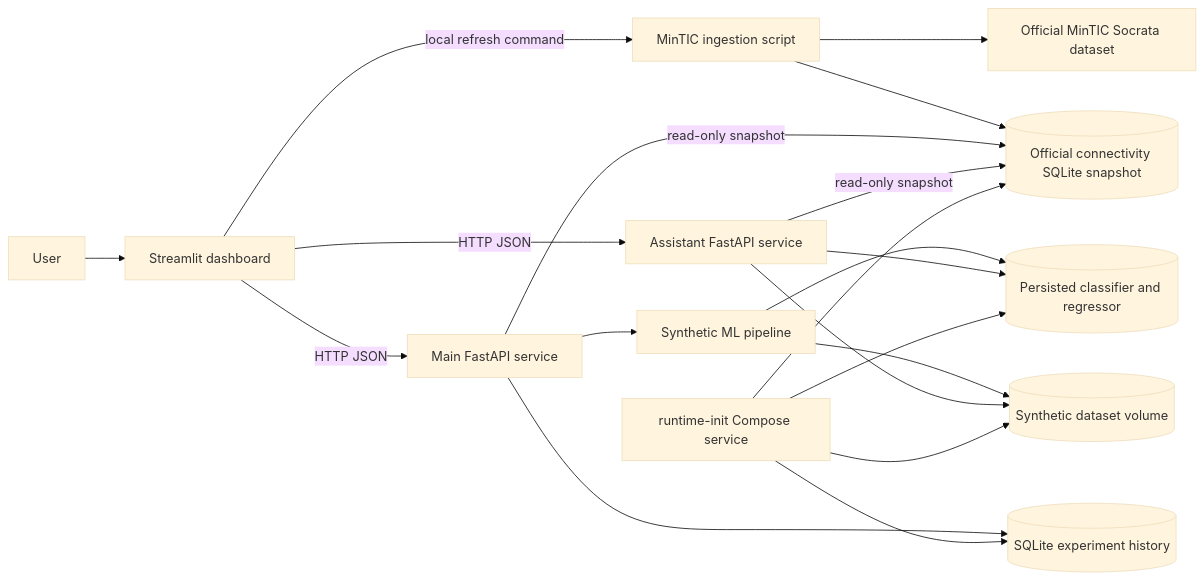
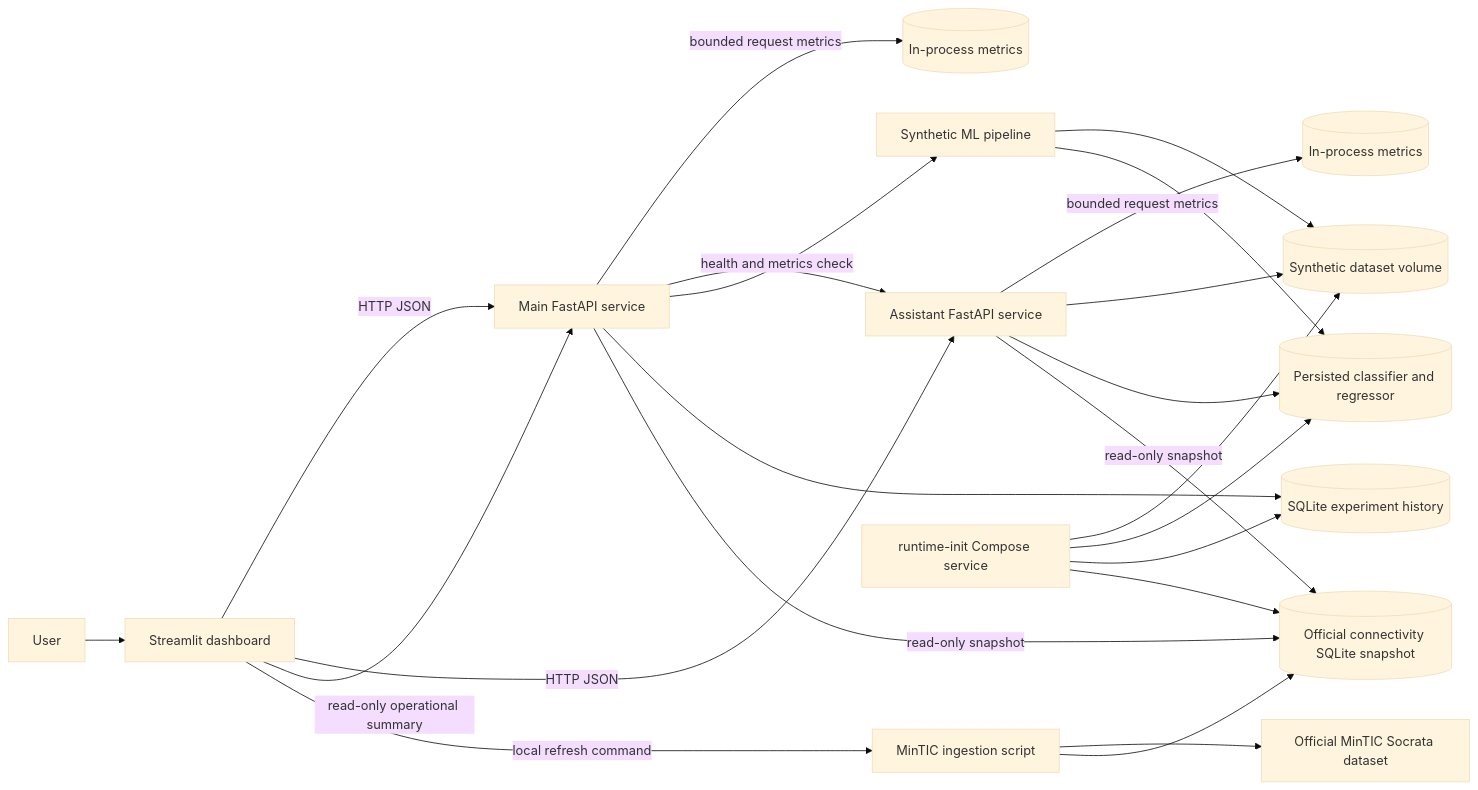
One commit to OAlexProgramerO/wifi-tunja-smart-predictor changed the diagram in docs/architecture.md. Above: the diagram before and after it, drawn with Mermaid (base theme). The commit also changed other lines of this file and 1 other file, not shown here.

Commit message:
docs: describe operational observability

````diff
--- a/docs/architecture.md
+++ b/docs/architecture.md
@@ -5,21 +5,25 @@
 ```mermaid
 flowchart LR
     User[User] --> UI[Streamlit dashboard]
     UI -->|HTTP JSON| Main[Main FastAPI service]
     UI -->|HTTP JSON| Assistant[Assistant FastAPI service]
+    Main -->|bounded request metrics| MainMetrics[(In-process metrics)]
+    Assistant -->|bounded request metrics| AssistantMetrics[(In-process metrics)]
+    UI -->|read-only operational summary| Main
+    Main -->|health and metrics check| Assistant
     Main --> Synthetic[ Synthetic ML pipeline ]
     Synthetic --> Data[(Synthetic dataset volume)]
     Synthetic --> Models[(Persisted classifier and regressor)]
     Main --> Experiments[(SQLite experiment history)]
     Assistant --> Data
     Assistant --> Models
     UI -->|local refresh command| Ingestion[MinTIC ingestion script]
     Ingestion --> Source[Official MinTIC Socrata dataset]
     Ingestion --> Snapshot[(Official connectivity SQLite snapshot)]
     Main -->|read-only snapshot| Snapshot
     Assistant -->|read-only snapshot| Snapshot
     Init[runtime-init Compose service] --> Data
     Init --> Models
     Init --> Experiments
     Init --> Snapshot
 ```
````
